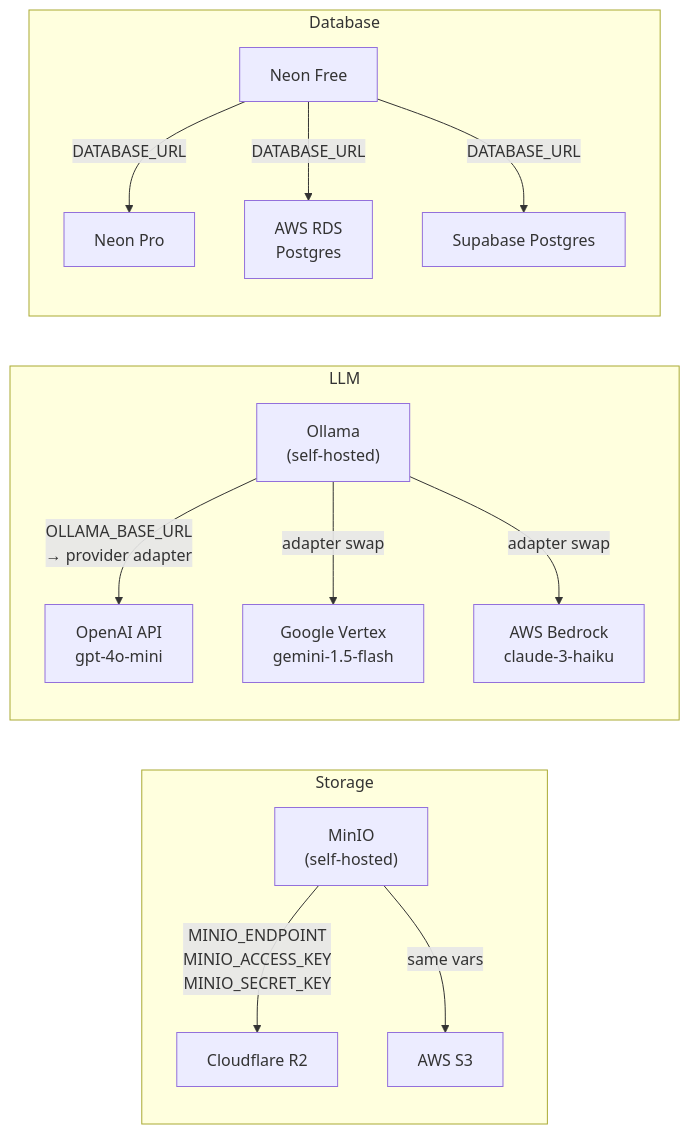
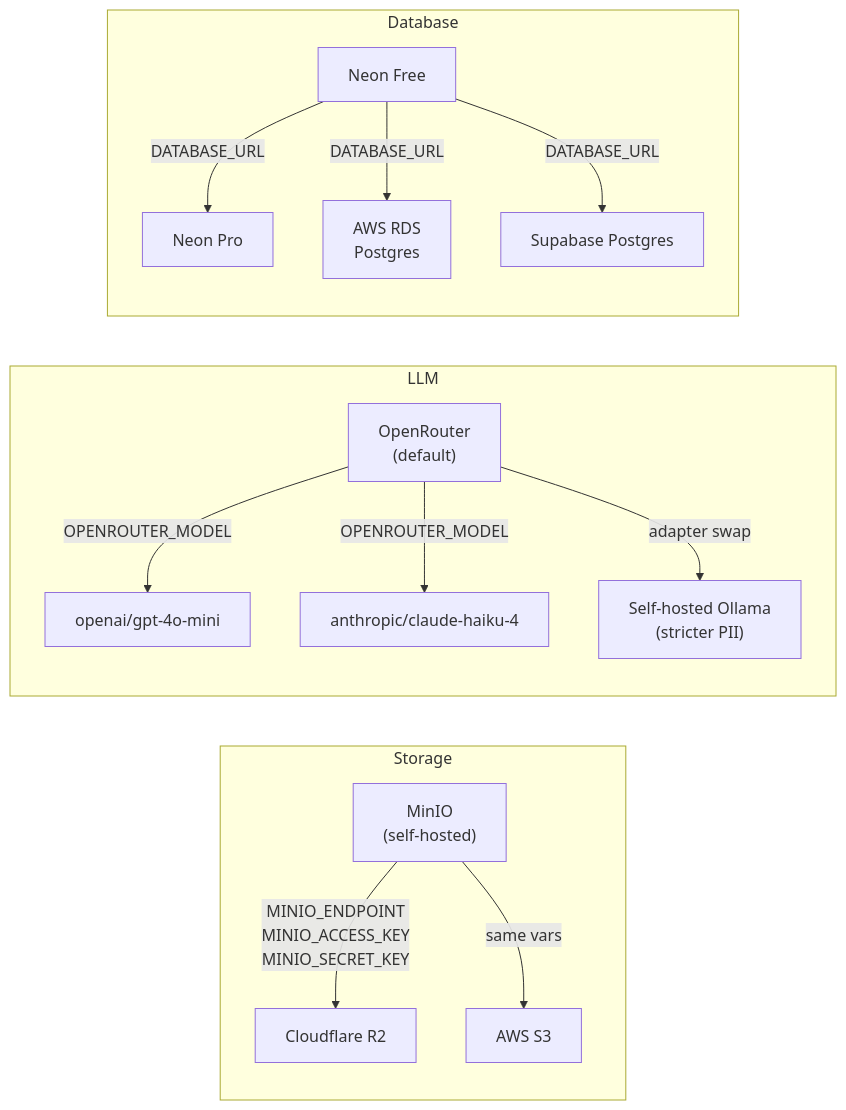
The third of 3 diagrams in docs/CLOUD.md (yashranaway/stabil), drawn with Mermaid before and after one commit. The commit also changed other lines of this file and 27 other files, not shown here.

First line of the commit message:
Docs: switch AI provider from self-hosted Ollama to OpenRouter

````diff
--- a/docs/CLOUD.md
+++ b/docs/CLOUD.md
@@ -1008,19 +960,19 @@
 ```mermaid
 flowchart LR
     subgraph Storage
         MinIO["MinIO\n(self-hosted)"] -->|MINIO_ENDPOINT\nMINIO_ACCESS_KEY\nMINIO_SECRET_KEY| CR2["Cloudflare R2"]
         MinIO -->|same vars| S3["AWS S3"]
     end
 
     subgraph LLM
-        Ollama["Ollama\n(self-hosted)"] -->|OLLAMA_BASE_URL\n→ provider adapter| OAI["OpenAI API\ngpt-4o-mini"]
-        Ollama -->|adapter swap| Vertex["Google Vertex\ngemini-1.5-flash"]
-        Ollama -->|adapter swap| Bedrock["AWS Bedrock\nclaude-3-haiku"]
+        OR["OpenRouter\n(default)"] -->|OPENROUTER_MODEL| GPT4oMini["openai/gpt-4o-mini"]
+        OR -->|OPENROUTER_MODEL| Haiku["anthropic/claude-haiku-4"]
+        OR -->|adapter swap| Ollama["Self-hosted Ollama\n(stricter PII)"]
     end
 
     subgraph Database
         NeonFree["Neon Free"] -->|DATABASE_URL| NeonPro["Neon Pro"]
         NeonFree -->|DATABASE_URL| RDS["AWS RDS\nPostgres"]
         NeonFree -->|DATABASE_URL| Supabase["Supabase Postgres"]
     end
 ```
````
